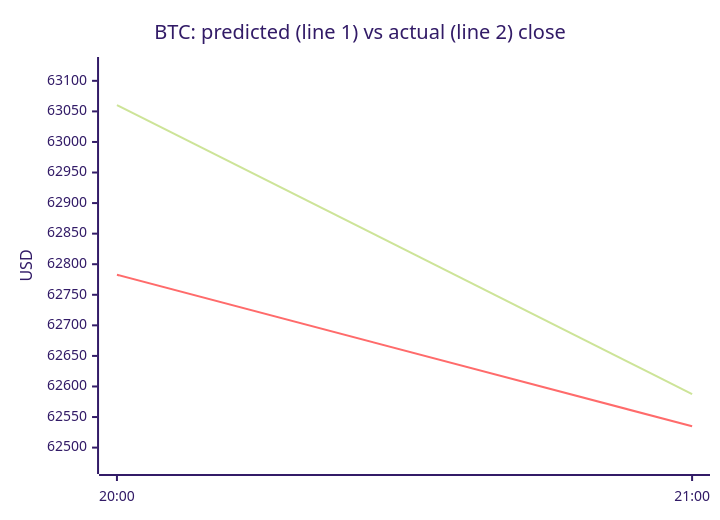
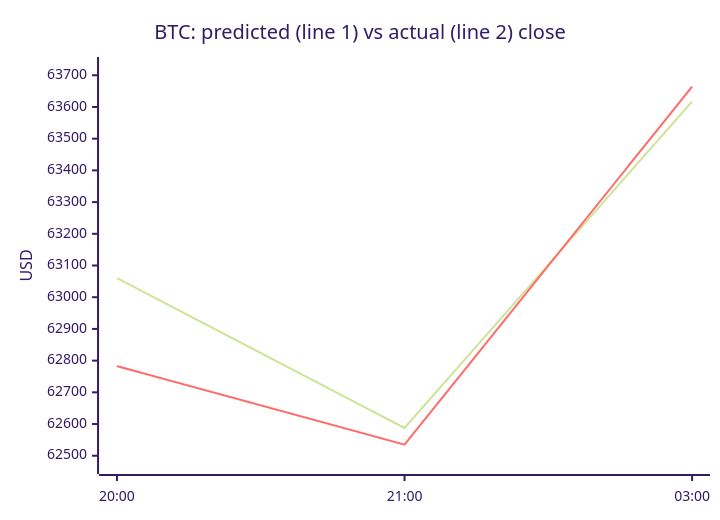
Before and after one commit to samuelkreitl-wq/crypto-hourly-forecaster: the first of 4 diagrams in README.md, drawn with Mermaid (forest theme). The commit also changed other lines of this file and 14 other files, not shown here.

````diff
--- a/README.md
+++ b/README.md
@@ -38,8 +38,8 @@
 ```mermaid
 xychart-beta
     title "BTC: predicted (line 1) vs actual (line 2) close"
-    x-axis ["20:00", "21:00"]
-    y-axis "USD" 62472.3651 --> 63123.4319
-    line [63060.3716, 62587.6439]
-    line [62782.7000, 62534.9000]
+    x-axis ["20:00", "21:00", "03:00"]
+    y-axis "USD" 62472.3651 --> 63727.6640
+    line [63060.3716, 62587.6439, 63617.4254]
+    line [62782.7000, 62534.9000, 63664.0000]
 ```
````
